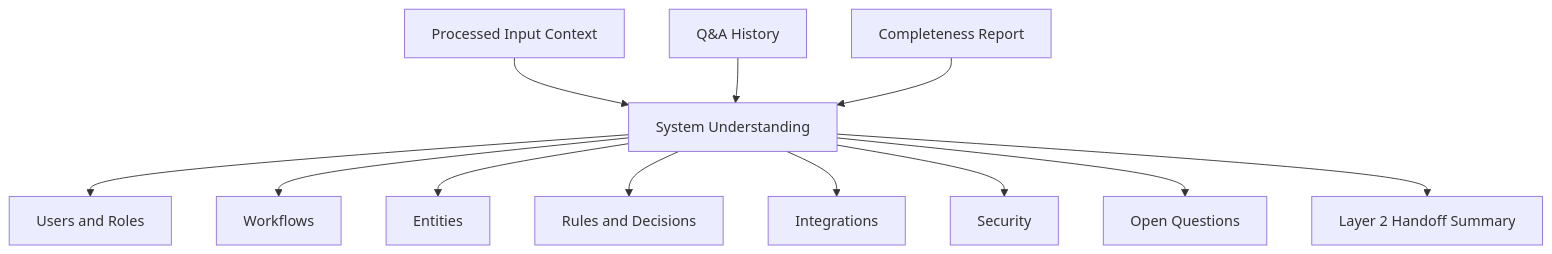
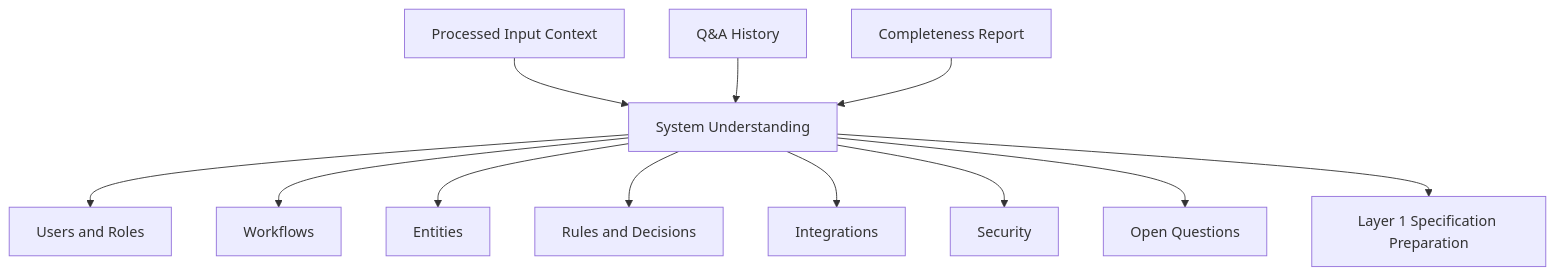
Before and after one commit to ProductMasterz/Mujarrad-Frontend: the tenth of 19 diagrams in Docs/system-design-detailed-plan.md, drawn with Mermaid. The commit also changed other lines of this file, not shown here.

Commit message:
Refine system design architecture plan

````diff
--- a/Docs/system-design-detailed-plan.md
+++ b/Docs/system-design-detailed-plan.md
@@ -1295,15 +1196,15 @@
 ```mermaid
 flowchart TD
     A[Processed Input Context] --> B[System Understanding]
     C[Q&A History] --> B
     D[Completeness Report] --> B
 
     B --> E[Users and Roles]
     B --> F[Workflows]
     B --> G[Entities]
     B --> H[Rules and Decisions]
     B --> I[Integrations]
     B --> J[Security]
     B --> K[Open Questions]
-    B --> L[Layer 2 Handoff Summary]
+    B --> L[Layer 1 Specification Preparation]
 ```
````
